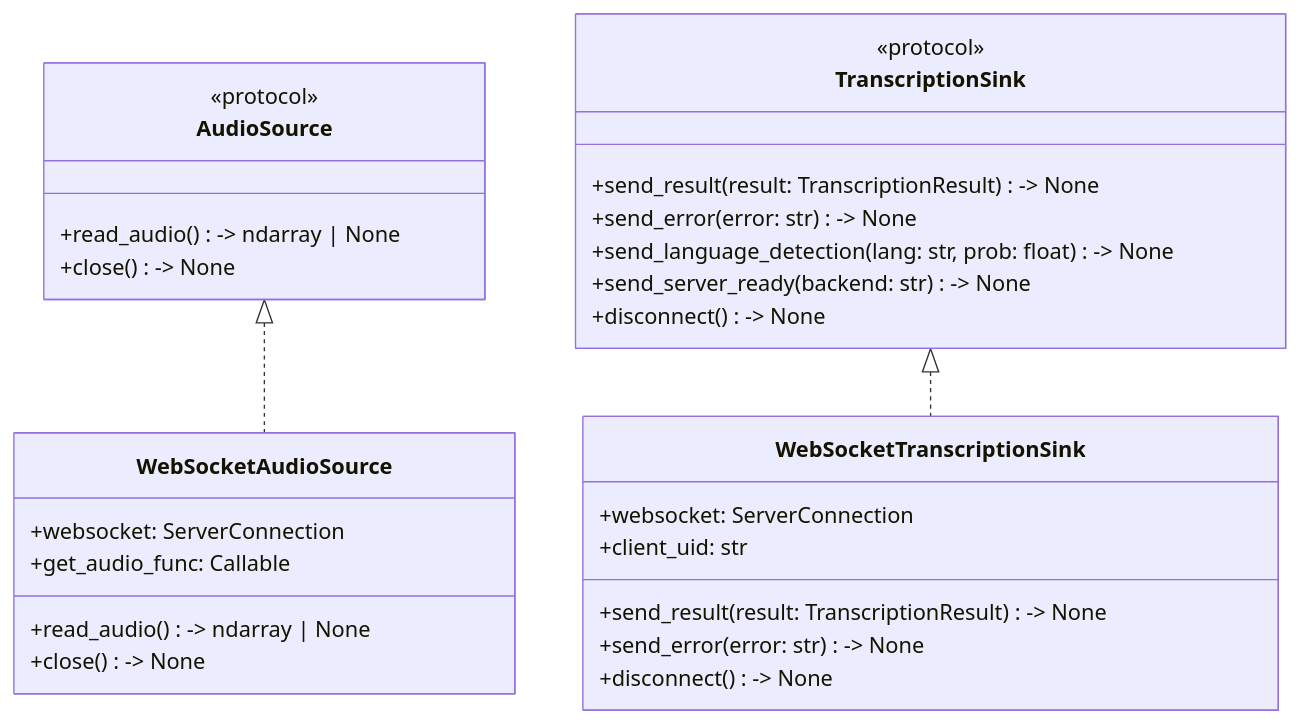
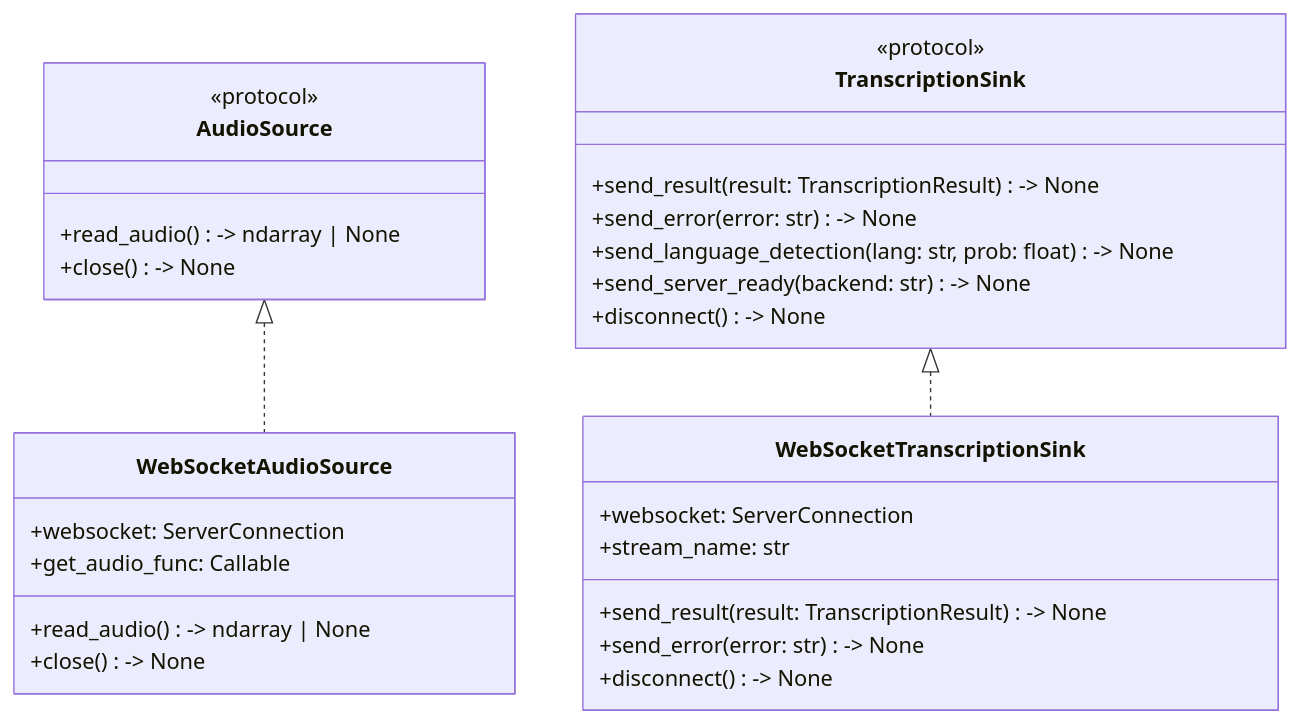
The third of 7 diagrams in ARCHITECTURE.md (shyndman/lmnop-eavesdrop), drawn with Mermaid before and after one commit. The commit also changed other lines of this file, not shown here.

````diff
--- a/ARCHITECTURE.md
+++ b/ARCHITECTURE.md
@@ -125,35 +182,35 @@
 ```mermaid
 classDiagram
     class AudioSource {
         <<protocol>>
         +read_audio() -> ndarray | None
         +close() -> None
     }
 
     class TranscriptionSink {
         <<protocol>>
         +send_result(result: TranscriptionResult) -> None
         +send_error(error: str) -> None
         +send_language_detection(lang: str, prob: float) -> None
         +send_server_ready(backend: str) -> None
         +disconnect() -> None
     }
 
     class WebSocketAudioSource {
         +websocket: ServerConnection
         +get_audio_func: Callable
         +read_audio() -> ndarray | None
         +close() -> None
     }
 
     class WebSocketTranscriptionSink {
         +websocket: ServerConnection
-        +client_uid: str
+        +stream_name: str
         +send_result(result: TranscriptionResult) -> None
         +send_error(error: str) -> None
         +disconnect() -> None
     }
 
     AudioSource <|.. WebSocketAudioSource
     TranscriptionSink <|.. WebSocketTranscriptionSink
 ```
````
